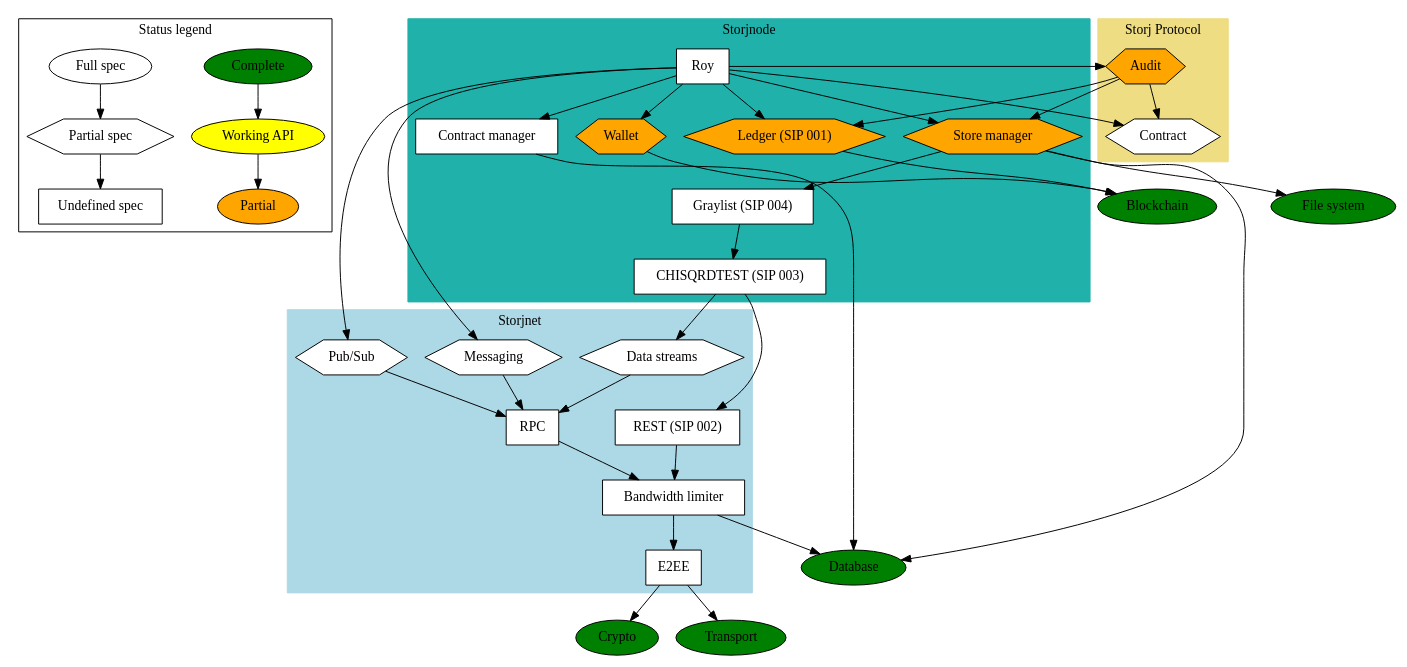
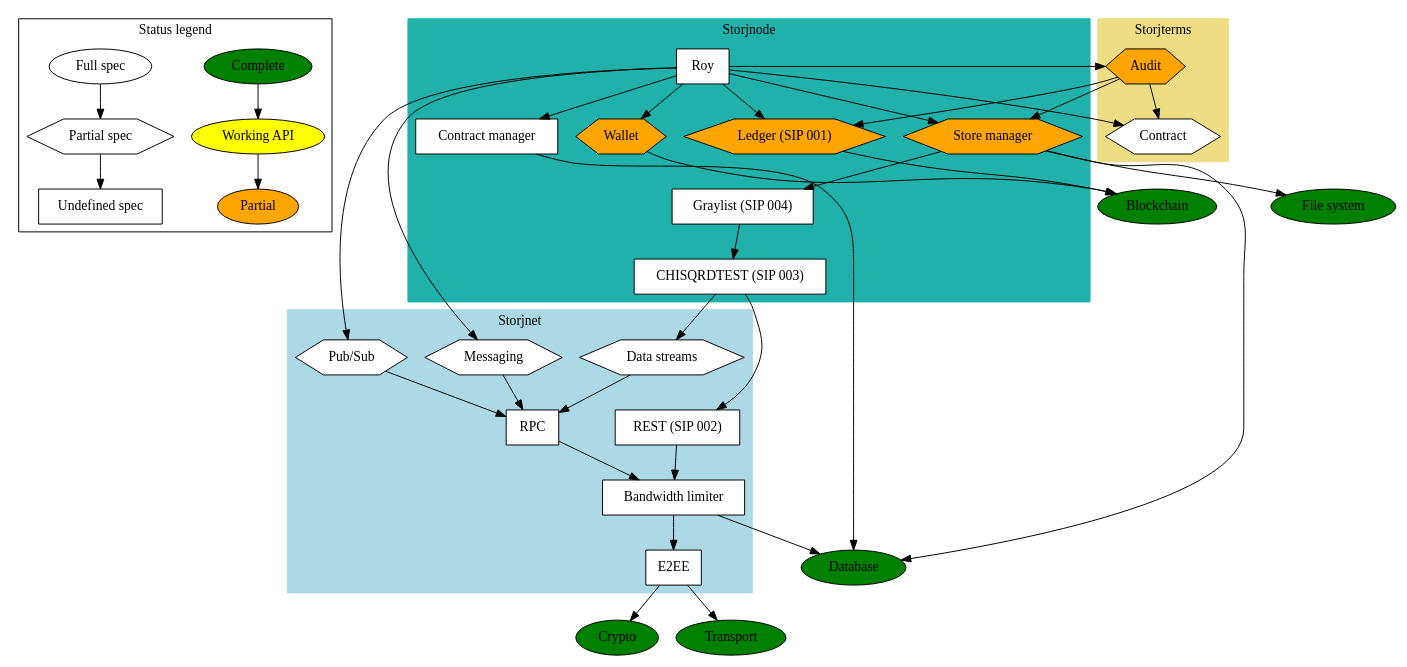
The diagram in status.dot (StorjOld/storjspec), drawn with Graphviz before and after one commit. The commit also changed 1 other file, not shown here.

```diff
--- a/status.dot
+++ b/status.dot
@@ -1,99 +1,100 @@
 // syntax guide: http://www.graphviz.org/pdf/dotguide.pdf
-// compile: `dot -Tpdf dependencies.dot -o dependencies.pdf`
+// compile png: `dot -Tpng dependencies.dot -o dependencies.png`
+// compile pdf: `dot -Tpdf dependencies.dot -o dependencies.pdf`
 
 
 digraph G {
     node [shape="box", style="filled", color="black", fillcolor="white"];
 
     // LEGEND
     subgraph cluster_0 {
         label = "Status legend";
 
         "Complete" [fillcolor=green, shape=ellipse];
         "Working API" [fillcolor=yellow, shape=ellipse];
         "Partial" [fillcolor=orange, shape=ellipse];
 
         "Full spec" [shape=ellipse];
         "Partial spec" [shape=hexagon];
         "Undefined spec" [shape=box];
     };
     "Complete" -> "Working API" -> "Partial";
     "Full spec" -> "Partial spec" -> "Undefined spec";
 
 
     // STORJNET
     subgraph cluster_1 {
         label = "Storjnet";
         style=filled;
         color=lightblue;
 
         "Pub/Sub" [shape=hexagon]; // enable publishing and subscribing to events
         "Data streams" [shape=hexagon]; // full duplex data transfer
         "Messaging" [shape=hexagon]; // to shortcut the pubsub after peer found
         "RPC"; // rpc calls and data transfer between clients
         "E2EE"; // End-to-end encryption
         "Bandwidth limiter";
         "REST (SIP 002)"; // put/get shards
     };
     "Pub/Sub" -> "RPC";
     "Messaging" -> "RPC";
     "Data streams" -> "RPC";
     "RPC" -> "Bandwidth limiter";
     "REST (SIP 002)" -> "Bandwidth limiter";
     "Bandwidth limiter" -> "E2EE";
     "E2EE" -> "Crypto";
     "E2EE" -> "Transport";
     "Bandwidth limiter" -> "Database";
 
-    // STORJ PROTOCOL
+    // STORJTERMS
     subgraph cluster_2 {
-        label = "Storj Protocol";
+        label = "Storjterms";
         style=filled;
         color=lightgoldenrod;
 
         "Contract" [shape=hexagon]; // terms of a storage contract between peers
         "Audit" [fillcolor=orange, shape=hexagon]; // track state of a contract over time
     };
     "Audit" -> "Contract"; // when/how to perform the audit
     "Audit" -> "Store manager"; // perform audit challange
     "Audit" -> "Ledger (SIP 001)"; // save result in ledger
 
     // STORJNODE
     subgraph cluster_3 {
         label = "Storjnode";
         style=filled;
         color=lightseagreen;
 
         "Roy"; // for sending/receiving of funds for services used 
         "Store manager" [fillcolor=orange, shape=hexagon];
         "Wallet" [fillcolor=orange, shape=hexagon];
         "Contract manager"; // Store contracts
         "CHISQRDTEST (SIP 003)";
         "Graylist (SIP 004)";
         "Ledger (SIP 001)" [fillcolor=orange, shape=hexagon];
     };
     "Roy" -> "Contract manager";
     "Contract manager" -> "Database";
     "Store manager" -> "File system";
     "Store manager" -> "Graylist (SIP 004)";
     "Store manager" -> "Database";
     "Graylist (SIP 004)" -> "CHISQRDTEST (SIP 003)";
     "CHISQRDTEST (SIP 003)" -> "Data streams";
     "CHISQRDTEST (SIP 003)" -> "REST (SIP 002)";
     "Wallet" -> "Blockchain";
     "Roy" -> "Messaging";
     "Roy" -> "Audit"; // perform audits
     "Roy" -> "Contract"; // verify agreed to use/provide a service
     "Roy" -> "Ledger (SIP 001)"; // verify service was used/provided
     "Roy" -> "Wallet"; // transfer funds
     "Roy" -> "Pub/Sub"; // ask/bid on contracts
     "Roy" -> "Store manager";
     "Ledger (SIP 001)" -> "Blockchain";
 
     // EXTERNAL
     "File system" [fillcolor=green, shape=ellipse];
     "Crypto" [fillcolor=green, shape=ellipse];
     "Database" [fillcolor=green, shape=ellipse];
     "Blockchain" [fillcolor=green, shape=ellipse];
     "Transport" [fillcolor=green, shape=ellipse];
 }
```
